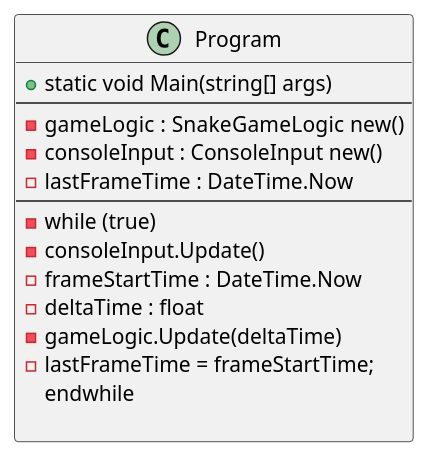
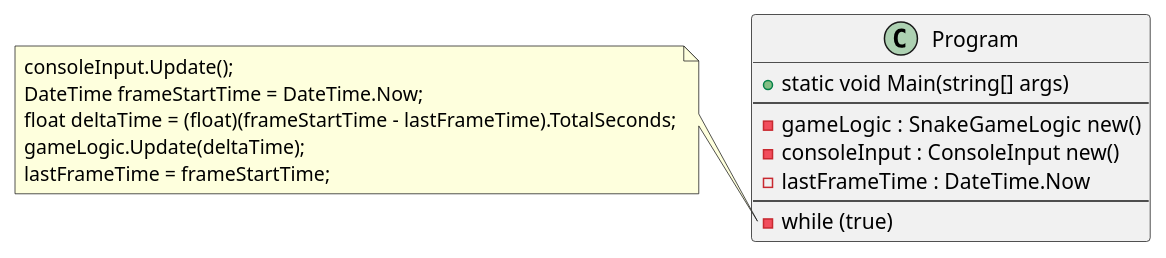
Before and after one commit to vadimvatsenko/Snake_Console: the diagram in Snake_Console/Diagramm/Program.puml, drawn with PlantUML. The commit also changed 3 other files, not shown here.

```diff
--- a/Snake_Console/Diagramm/Program.puml
+++ b/Snake_Console/Diagramm/Program.puml
@@ -1,20 +1,21 @@
 @startuml
 
 class Program
 {
     + static void Main(string[] args) 
     --
     - gameLogic :  SnakeGameLogic new()
     - consoleInput : ConsoleInput new()
     - lastFrameTime : DateTime.Now
     --
-    - while (true)
-      - consoleInput.Update()
-      - frameStartTime : DateTime.Now
-      - deltaTime : float 
-      - gameLogic.Update(deltaTime)
-      - lastFrameTime = frameStartTime;     
-    endwhile
-    
+    - while (true)    
 }
+
+note left of Program::while
+consoleInput.Update();
+DateTime frameStartTime = DateTime.Now;            
+float deltaTime = (float)(frameStartTime - lastFrameTime).TotalSeconds;
+gameLogic.Update(deltaTime);
+lastFrameTime = frameStartTime;
+end note
 @enduml
```
